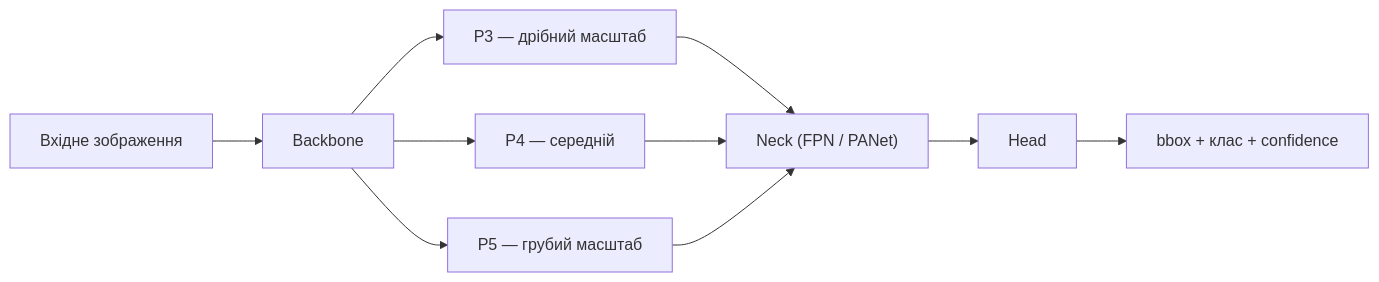
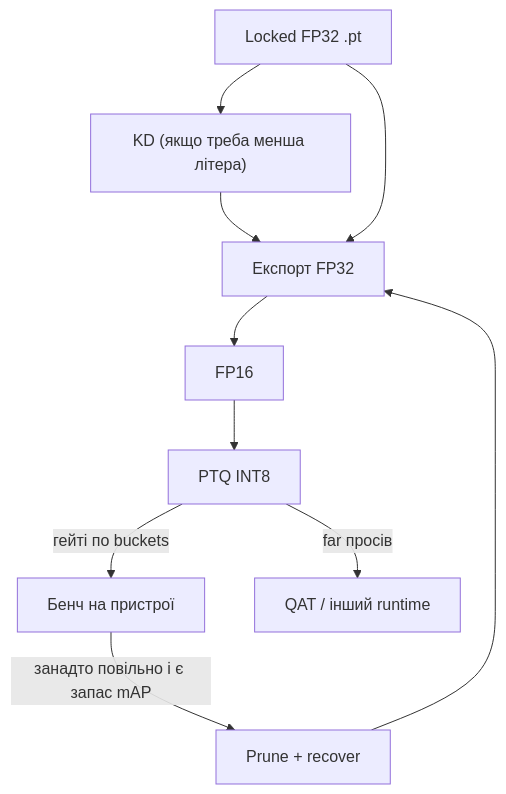
One commit to alisea-natan/aerial_vehicle_detection changed the third of 3 diagrams in guides/unified_cv_ds_engineer_guide.md. Above: the diagram before and after it, drawn with Mermaid. The commit also changed other lines of this file and 1 other file, not shown here.

````diff
--- a/guides/unified_cv_ds_engineer_guide.md
+++ b/guides/unified_cv_ds_engineer_guide.md
@@ -185,12 +911,12 @@
 ```mermaid
-flowchart LR
-    IMG["Вхідне зображення"] --> BB["Backbone"]
-    BB --> P3["P3 — дрібний масштаб"]
-    BB --> P4["P4 — середній"]
-    BB --> P5["P5 — грубий масштаб"]
-    P3 --> NECK["Neck (FPN / PANet)"]
-    P4 --> NECK
-    P5 --> NECK
-    NECK --> HEAD["Head"]
-    HEAD --> OUT["bbox + клас + confidence"]
+flowchart TD
+    LOCK["Locked FP32 .pt"] --> KD["KD (якщо треба менша літера)"]
+    KD --> EXP["Експорт FP32"]
+    LOCK --> EXP
+    EXP --> FP16["FP16"]
+    FP16 --> PTQ["PTQ INT8"]
+    PTQ -->|гейті по buckets| DEV["Бенч на пристрої"]
+    PTQ -->|far просів| QAT["QAT / інший runtime"]
+    DEV -->|занадто повільно і є запас mAP| PRUNE["Prune + recover"]
+    PRUNE --> EXP
 ```
````
